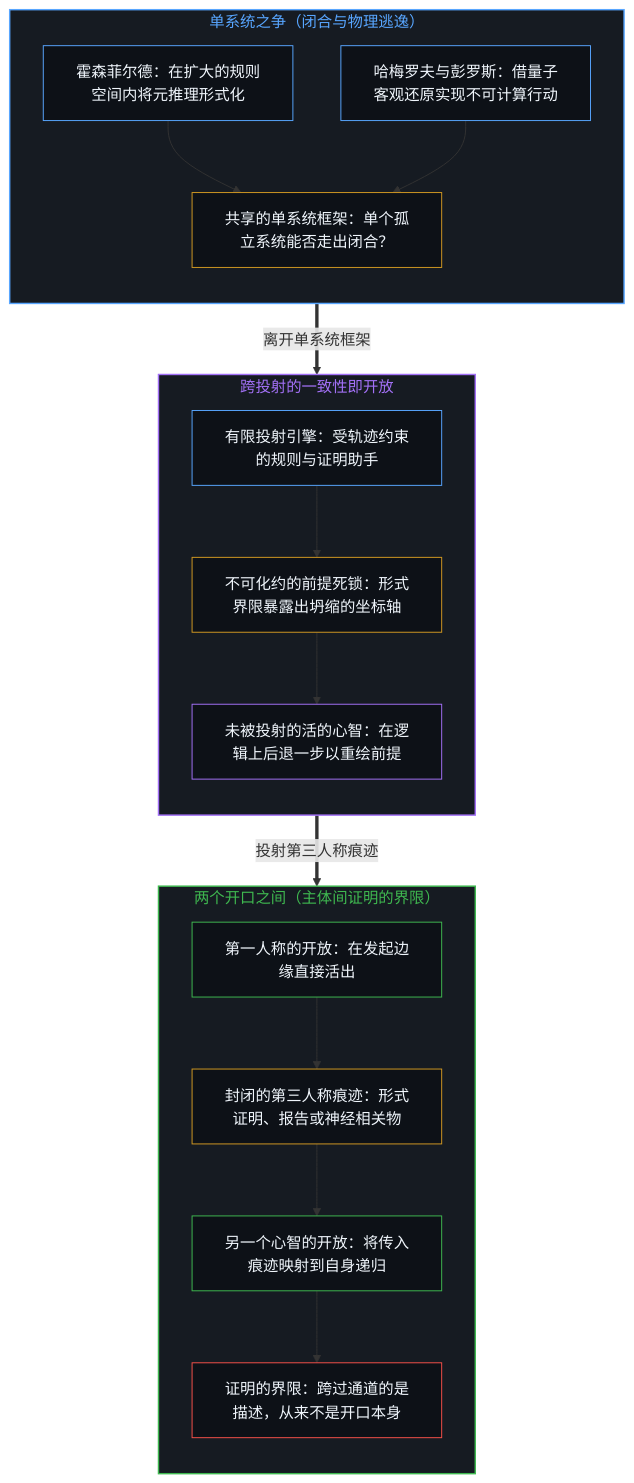
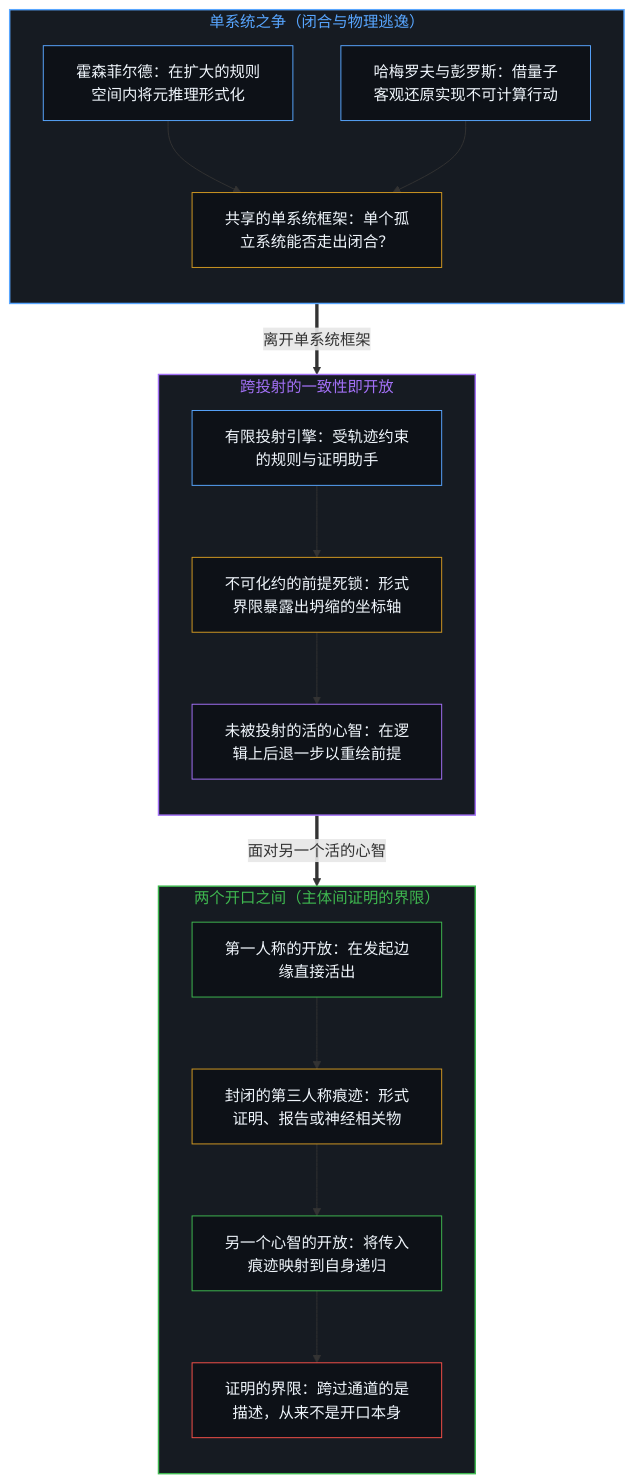
Before and after one commit to powerpig99/not-a-toe: the first of 2 diagrams in content/posts/on-closed-systems-open-minds-and-the-limits-of-proof.md, drawn with Mermaid. The commit also changed other lines of this file and 4 other files, not shown here.

````diff
--- a/content/posts/on-closed-systems-open-minds-and-the-limits-of-proof.md
+++ b/content/posts/on-closed-systems-open-minds-and-the-limits-of-proof.md
@@ -65,41 +65,41 @@
 ```mermaid
 flowchart TD
     subgraph S_Single["单系统之争（闭合与物理逃逸）"]
         direction TB
         H1["霍森菲尔德：在扩大的规则空间内将元推理形式化"]
         H2["哈梅罗夫与彭罗斯：借量子客观还原实现不可计算行动"]
         Q["共享的单系统框架：单个孤立系统能否走出闭合？"]
         H1 --> Q
         H2 --> Q
     end
     subgraph S_Proj["跨投射的一致性即开放"]
         direction TB
         P1["有限投射引擎：受轨迹约束的规则与证明助手"]
         P2["不可化约的前提死锁：形式界限暴露出坍缩的坐标轴"]
         P3["未被投射的活的心智：在逻辑上后退一步以重绘前提"]
         P1 --> P2 --> P3
     end
     subgraph S_Inter["两个开口之间（主体间证明的界限）"]
         direction TB
         M1["第一人称的开放：在发起边缘直接活出"]
         D["封闭的第三人称痕迹：形式证明、报告或神经相关物"]
         M2["另一个心智的开放：将传入痕迹映射到自身递归"]
         L["证明的界限：跨过通道的是描述，从来不是开口本身"]
         M1 --> D --> M2 --> L
     end
     Q ==>|"离开单系统框架"| P1
-    P3 ==>|"投射第三人称痕迹"| M1
+    P3 ==>|"面对另一个活的心智"| M1
     style S_Single fill:#161b22,stroke:#58a6ff,stroke-width:1.5px,color:#58a6ff
     style S_Proj fill:#161b22,stroke:#a371f7,stroke-width:1.5px,color:#a371f7
     style S_Inter fill:#161b22,stroke:#3fb950,stroke-width:1.5px,color:#3fb950
     style H1 fill:#0d1117,stroke:#58a6ff,stroke-width:1px,color:#f0f6fc
     style H2 fill:#0d1117,stroke:#58a6ff,stroke-width:1px,color:#f0f6fc
     style Q fill:#0d1117,stroke:#d29922,stroke-width:1px,color:#f0f6fc
     style P1 fill:#0d1117,stroke:#58a6ff,stroke-width:1px,color:#f0f6fc
     style P2 fill:#0d1117,stroke:#d29922,stroke-width:1px,color:#f0f6fc
     style P3 fill:#0d1117,stroke:#a371f7,stroke-width:1px,color:#f0f6fc
     style M1 fill:#0d1117,stroke:#3fb950,stroke-width:1px,color:#f0f6fc
     style D fill:#0d1117,stroke:#d29922,stroke-width:1px,color:#f0f6fc
     style M2 fill:#0d1117,stroke:#3fb950,stroke-width:1px,color:#f0f6fc
     style L fill:#0d1117,stroke:#f85149,stroke-width:1px,color:#f0f6fc
 ```
````
